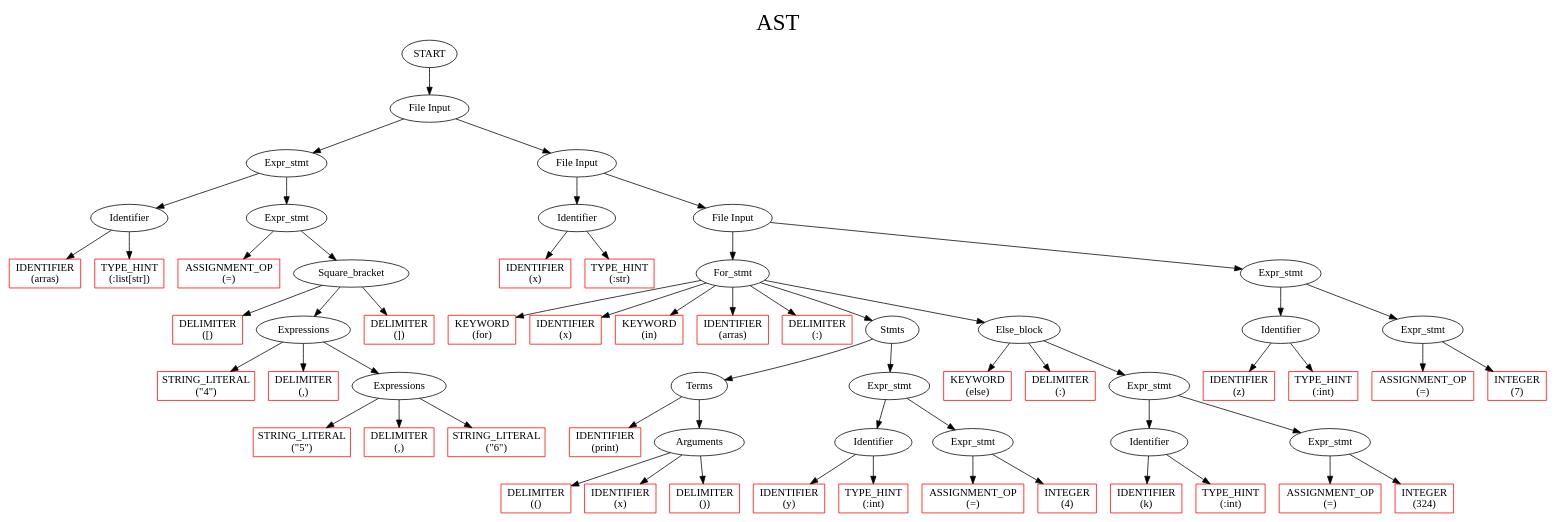
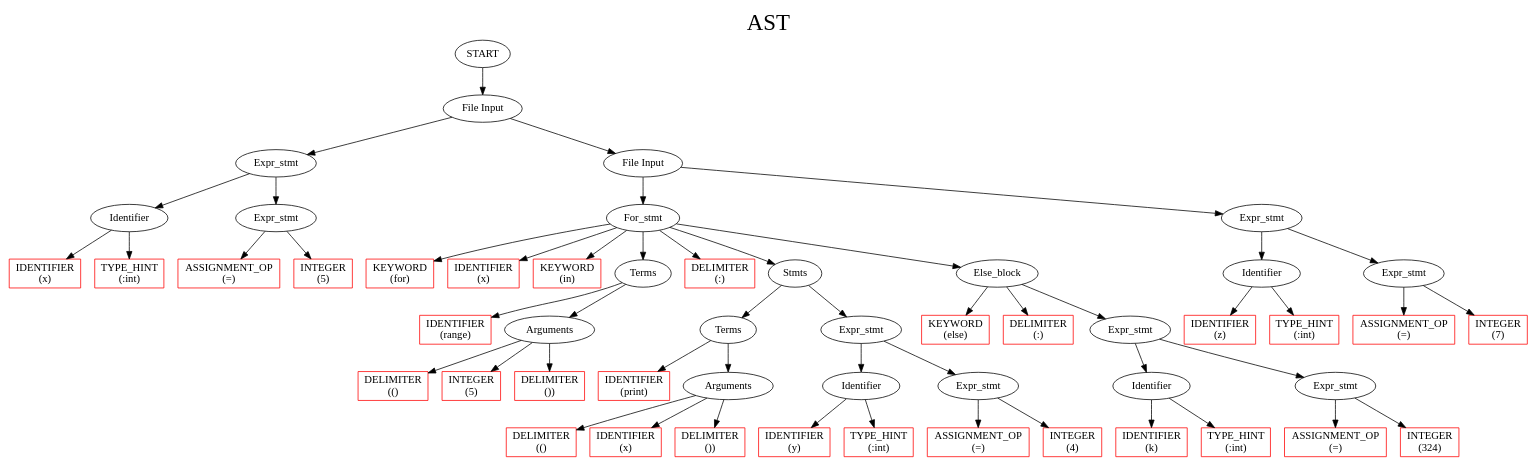
One commit to depanshu357/CS335-Compiler changed the diagram in output.dot. Above: the diagram before and after it, drawn with Graphviz. The commit also changed 4 other files, not shown here.

```diff
--- a/output.dot
+++ b/output.dot
@@ -1,163 +1,142 @@
 digraph G{
 
 label     = "AST"
 fontname  = "Cascadia code"
 fontsize  = 30
 labelloc  = t
 
 node   [ fontname="Cascadia code" ]
-	219		[ style = solid label = "START"  ];
-	219 -> 218
-	218		[ style = solid label = "File Input"  ];
-	218 -> 62
-	62		[ style = solid label = "Expr_stmt"  ];
-	62 -> 2
+	182		[ style = solid label = "START"  ];
+	182 -> 181
+	181		[ style = solid label = "File Input"  ];
+	181 -> 26
+	26		[ style = solid label = "Expr_stmt"  ];
+	26 -> 2
 	2		[ style = solid label = "Identifier"  ];
 	2 -> 0
 	0		[ style = solid label = "IDENTIFIER 
-(arras)" color = red shape = rectangle ];
+(x)" color = red shape = rectangle ];
 	2 -> 1
 	1		[ style = solid label = "TYPE_HINT 
-(:list[str])" color = red shape = rectangle ];
-	62 -> 61
-	61		[ style = solid label = "Expr_stmt"  ];
-	61 -> 3
+(:int)" color = red shape = rectangle ];
+	26 -> 25
+	25		[ style = solid label = "Expr_stmt"  ];
+	25 -> 3
 	3		[ style = solid label = "ASSIGNMENT_OP 
 (=)" color = red shape = rectangle ];
-	61 -> 50
-	50		[ style = solid label = "Square_bracket"  ];
-	50 -> 14
-	14		[ style = solid label = "DELIMITER 
-([)" color = red shape = rectangle ];
-	50 -> 49
-	49		[ style = solid label = "Expressions"  ];
-	49 -> 15
-	15		[ style = solid label = "STRING_LITERAL 
-(\"4\")" color = red shape = rectangle ];
-	49 -> 16
-	16		[ style = solid label = "DELIMITER 
-(,)" color = red shape = rectangle ];
-	49 -> 48
-	48		[ style = solid label = "Expressions"  ];
-	48 -> 26
-	26		[ style = solid label = "STRING_LITERAL 
-(\"5\")" color = red shape = rectangle ];
-	48 -> 27
-	27		[ style = solid label = "DELIMITER 
-(,)" color = red shape = rectangle ];
-	48 -> 37
-	37		[ style = solid label = "STRING_LITERAL 
-(\"6\")" color = red shape = rectangle ];
-	50 -> 38
-	38		[ style = solid label = "DELIMITER 
-(])" color = red shape = rectangle ];
-	218 -> 217
-	217		[ style = solid label = "File Input"  ];
-	217 -> 66
-	66		[ style = solid label = "Identifier"  ];
-	66 -> 64
+	25 -> 14
+	14		[ style = solid label = "INTEGER 
+(5)" color = red shape = rectangle ];
+	181 -> 180
+	180		[ style = solid label = "File Input"  ];
+	180 -> 150
+	150		[ style = solid label = "For_stmt"  ];
+	150 -> 28
+	28		[ style = solid label = "KEYWORD 
+(for)" color = red shape = rectangle ];
+	150 -> 29
+	29		[ style = solid label = "IDENTIFIER 
+(x)" color = red shape = rectangle ];
+	150 -> 30
+	30		[ style = solid label = "KEYWORD 
+(in)" color = red shape = rectangle ];
+	150 -> 54
+	54		[ style = solid label = "Terms"  ];
+	54 -> 38
+	38		[ style = solid label = "IDENTIFIER 
+(range)" color = red shape = rectangle ];
+	54 -> 51
+	51		[ style = solid label = "Arguments"  ];
+	51 -> 39
+	39		[ style = solid label = "DELIMITER 
+(()" color = red shape = rectangle ];
+	51 -> 40
+	40		[ style = solid label = "INTEGER 
+(5)" color = red shape = rectangle ];
+	51 -> 41
+	41		[ style = solid label = "DELIMITER 
+())" color = red shape = rectangle ];
+	150 -> 52
+	52		[ style = solid label = "DELIMITER 
+(:)" color = red shape = rectangle ];
+	150 -> 118
+	118		[ style = solid label = "Stmts"  ];
+	118 -> 79
+	79		[ style = solid label = "Terms"  ];
+	79 -> 64
 	64		[ style = solid label = "IDENTIFIER 
+(print)" color = red shape = rectangle ];
+	79 -> 77
+	77		[ style = solid label = "Arguments"  ];
+	77 -> 65
+	65		[ style = solid label = "DELIMITER 
+(()" color = red shape = rectangle ];
+	77 -> 66
+	66		[ style = solid label = "IDENTIFIER 
 (x)" color = red shape = rectangle ];
-	66 -> 65
-	65		[ style = solid label = "TYPE_HINT 
-(:str)" color = red shape = rectangle ];
-	217 -> 216
-	216		[ style = solid label = "File Input"  ];
-	216 -> 186
-	186		[ style = solid label = "For_stmt"  ];
-	186 -> 78
-	78		[ style = solid label = "KEYWORD 
-(for)" color = red shape = rectangle ];
-	186 -> 79
-	79		[ style = solid label = "IDENTIFIER 
-(x)" color = red shape = rectangle ];
-	186 -> 80
-	80		[ style = solid label = "KEYWORD 
-(in)" color = red shape = rectangle ];
-	186 -> 88
-	88		[ style = solid label = "IDENTIFIER 
-(arras)" color = red shape = rectangle ];
-	186 -> 89
-	89		[ style = solid label = "DELIMITER 
+	77 -> 67
+	67		[ style = solid label = "DELIMITER 
+())" color = red shape = rectangle ];
+	118 -> 116
+	116		[ style = solid label = "Expr_stmt"  ];
+	116 -> 92
+	92		[ style = solid label = "Identifier"  ];
+	92 -> 90
+	90		[ style = solid label = "IDENTIFIER 
+(y)" color = red shape = rectangle ];
+	92 -> 91
+	91		[ style = solid label = "TYPE_HINT 
+(:int)" color = red shape = rectangle ];
+	116 -> 115
+	115		[ style = solid label = "Expr_stmt"  ];
+	115 -> 93
+	93		[ style = solid label = "ASSIGNMENT_OP 
+(=)" color = red shape = rectangle ];
+	115 -> 104
+	104		[ style = solid label = "INTEGER 
+(4)" color = red shape = rectangle ];
+	150 -> 149
+	149		[ style = solid label = "Else_block"  ];
+	149 -> 119
+	119		[ style = solid label = "KEYWORD 
+(else)" color = red shape = rectangle ];
+	149 -> 120
+	120		[ style = solid label = "DELIMITER 
 (:)" color = red shape = rectangle ];
-	186 -> 154
-	154		[ style = solid label = "Stmts"  ];
-	154 -> 115
-	115		[ style = solid label = "Terms"  ];
-	115 -> 100
-	100		[ style = solid label = "IDENTIFIER 
-(print)" color = red shape = rectangle ];
-	115 -> 113
-	113		[ style = solid label = "Arguments"  ];
-	113 -> 101
-	101		[ style = solid label = "DELIMITER 
-(()" color = red shape = rectangle ];
-	113 -> 102
-	102		[ style = solid label = "IDENTIFIER 
-(x)" color = red shape = rectangle ];
-	113 -> 103
-	103		[ style = solid label = "DELIMITER 
-())" color = red shape = rectangle ];
-	154 -> 152
-	152		[ style = solid label = "Expr_stmt"  ];
-	152 -> 128
-	128		[ style = solid label = "Identifier"  ];
-	128 -> 126
-	126		[ style = solid label = "IDENTIFIER 
-(y)" color = red shape = rectangle ];
-	128 -> 127
-	127		[ style = solid label = "TYPE_HINT 
+	149 -> 147
+	147		[ style = solid label = "Expr_stmt"  ];
+	147 -> 123
+	123		[ style = solid label = "Identifier"  ];
+	123 -> 121
+	121		[ style = solid label = "IDENTIFIER 
+(k)" color = red shape = rectangle ];
+	123 -> 122
+	122		[ style = solid label = "TYPE_HINT 
 (:int)" color = red shape = rectangle ];
-	152 -> 151
-	151		[ style = solid label = "Expr_stmt"  ];
-	151 -> 129
-	129		[ style = solid label = "ASSIGNMENT_OP 
+	147 -> 146
+	146		[ style = solid label = "Expr_stmt"  ];
+	146 -> 124
+	124		[ style = solid label = "ASSIGNMENT_OP 
 (=)" color = red shape = rectangle ];
-	151 -> 140
-	140		[ style = solid label = "INTEGER 
-(4)" color = red shape = rectangle ];
-	186 -> 185
-	185		[ style = solid label = "Else_block"  ];
-	185 -> 155
-	155		[ style = solid label = "KEYWORD 
-(else)" color = red shape = rectangle ];
-	185 -> 156
-	156		[ style = solid label = "DELIMITER 
-(:)" color = red shape = rectangle ];
-	185 -> 183
-	183		[ style = solid label = "Expr_stmt"  ];
-	183 -> 159
-	159		[ style = solid label = "Identifier"  ];
-	159 -> 157
-	157		[ style = solid label = "IDENTIFIER 
-(k)" color = red shape = rectangle ];
-	159 -> 158
-	158		[ style = solid label = "TYPE_HINT 
+	146 -> 135
+	135		[ style = solid label = "INTEGER 
+(324)" color = red shape = rectangle ];
+	180 -> 177
+	177		[ style = solid label = "Expr_stmt"  ];
+	177 -> 153
+	153		[ style = solid label = "Identifier"  ];
+	153 -> 151
+	151		[ style = solid label = "IDENTIFIER 
+(z)" color = red shape = rectangle ];
+	153 -> 152
+	152		[ style = solid label = "TYPE_HINT 
 (:int)" color = red shape = rectangle ];
-	183 -> 182
-	182		[ style = solid label = "Expr_stmt"  ];
-	182 -> 160
-	160		[ style = solid label = "ASSIGNMENT_OP 
+	177 -> 176
+	176		[ style = solid label = "Expr_stmt"  ];
+	176 -> 154
+	154		[ style = solid label = "ASSIGNMENT_OP 
 (=)" color = red shape = rectangle ];
-	182 -> 171
-	171		[ style = solid label = "INTEGER 
-(324)" color = red shape = rectangle ];
-	216 -> 213
-	213		[ style = solid label = "Expr_stmt"  ];
-	213 -> 189
-	189		[ style = solid label = "Identifier"  ];
-	189 -> 187
-	187		[ style = solid label = "IDENTIFIER 
-(z)" color = red shape = rectangle ];
-	189 -> 188
-	188		[ style = solid label = "TYPE_HINT 
-(:int)" color = red shape = rectangle ];
-	213 -> 212
-	212		[ style = solid label = "Expr_stmt"  ];
-	212 -> 190
-	190		[ style = solid label = "ASSIGNMENT_OP 
-(=)" color = red shape = rectangle ];
-	212 -> 201
-	201		[ style = solid label = "INTEGER 
+	176 -> 165
+	165		[ style = solid label = "INTEGER 
 (7)" color = red shape = rectangle ];
 }
```
